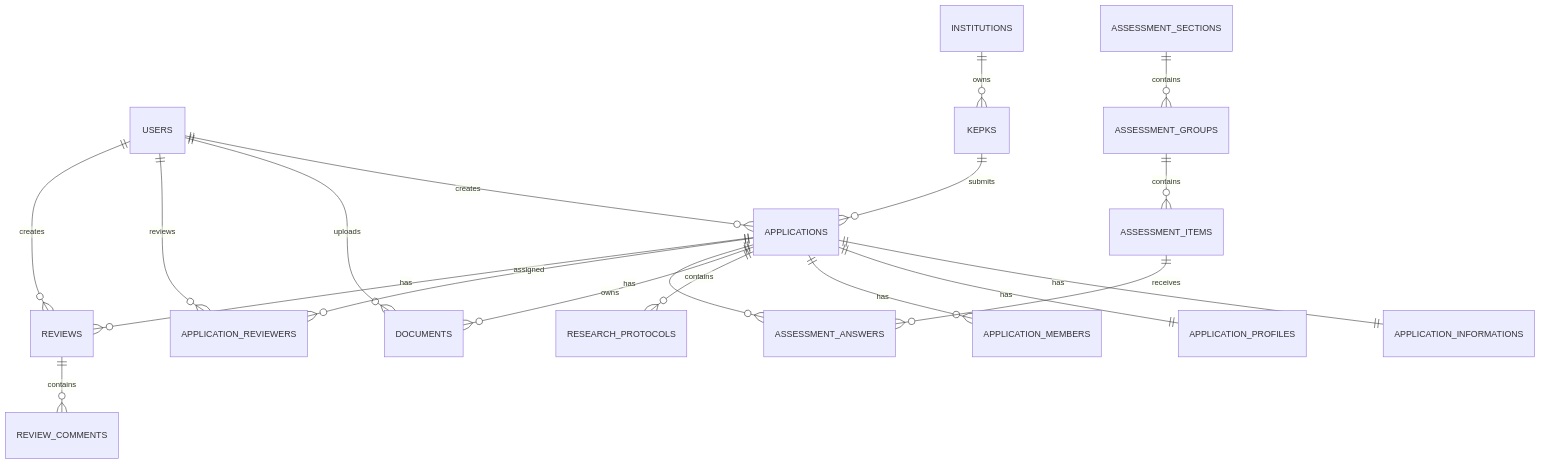
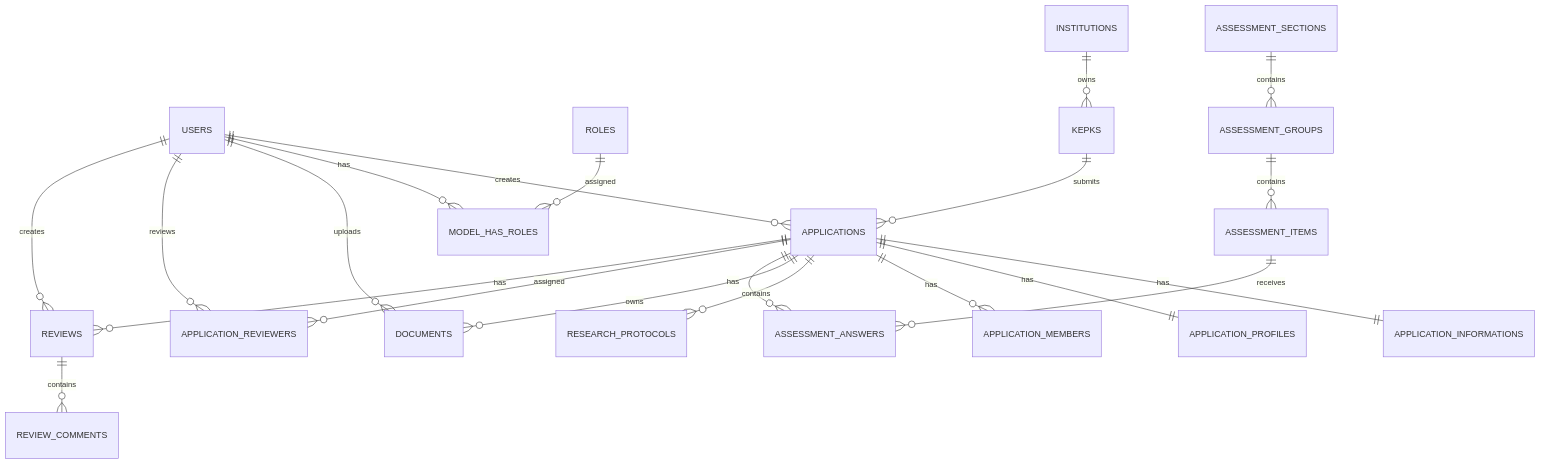
The diagram in docs/04-ERD.md (Amadd11/Sekar-Mu), drawn with Mermaid before and after one commit. The commit also changed 63 other files, not shown here.

````diff
--- a/docs/04-ERD.md
+++ b/docs/04-ERD.md
@@ -2,21 +2,23 @@
 ```mermaid
 erDiagram
     USERS ||--o{ APPLICATIONS : creates
+    USERS ||--o{ MODEL_HAS_ROLES : has
+    ROLES ||--o{ MODEL_HAS_ROLES : assigned
     INSTITUTIONS ||--o{ KEPKS : owns
     KEPKS ||--o{ APPLICATIONS : submits
     APPLICATIONS ||--|| APPLICATION_INFORMATIONS : has
     APPLICATIONS ||--|| APPLICATION_PROFILES : has
     APPLICATIONS ||--o{ APPLICATION_MEMBERS : has
     APPLICATIONS ||--o{ RESEARCH_PROTOCOLS : contains
     APPLICATIONS ||--o{ DOCUMENTS : owns
     ASSESSMENT_SECTIONS ||--o{ ASSESSMENT_GROUPS : contains
     ASSESSMENT_GROUPS ||--o{ ASSESSMENT_ITEMS : contains
     APPLICATIONS ||--o{ ASSESSMENT_ANSWERS : has
     ASSESSMENT_ITEMS ||--o{ ASSESSMENT_ANSWERS : receives
     USERS ||--o{ DOCUMENTS : uploads
     APPLICATIONS ||--o{ APPLICATION_REVIEWERS : assigned
     USERS ||--o{ APPLICATION_REVIEWERS : reviews
     APPLICATIONS ||--o{ REVIEWS : has
     USERS ||--o{ REVIEWS : creates
     REVIEWS ||--o{ REVIEW_COMMENTS : contains
 ```
````
